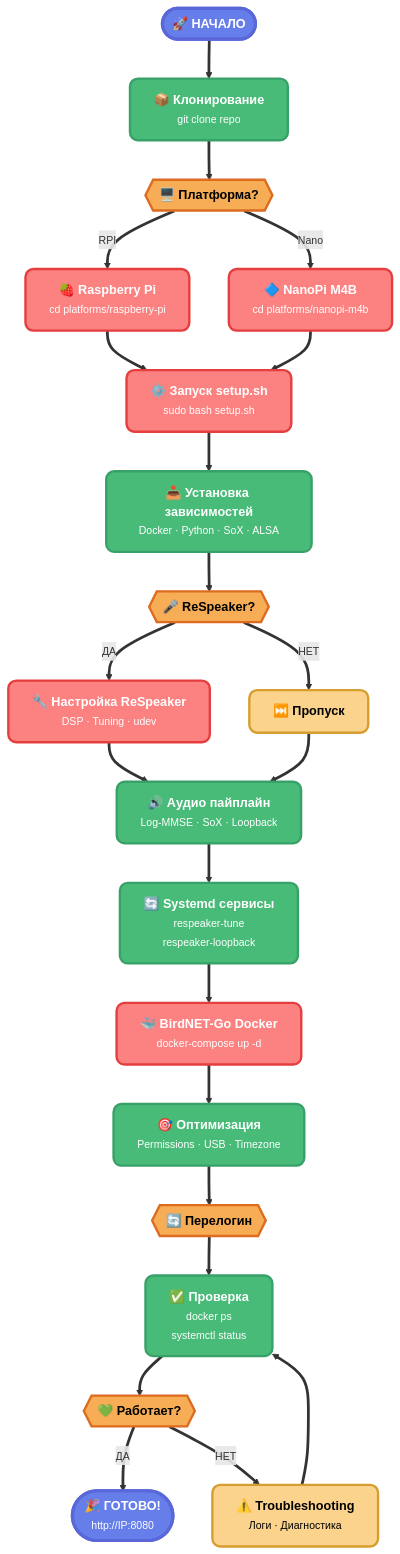
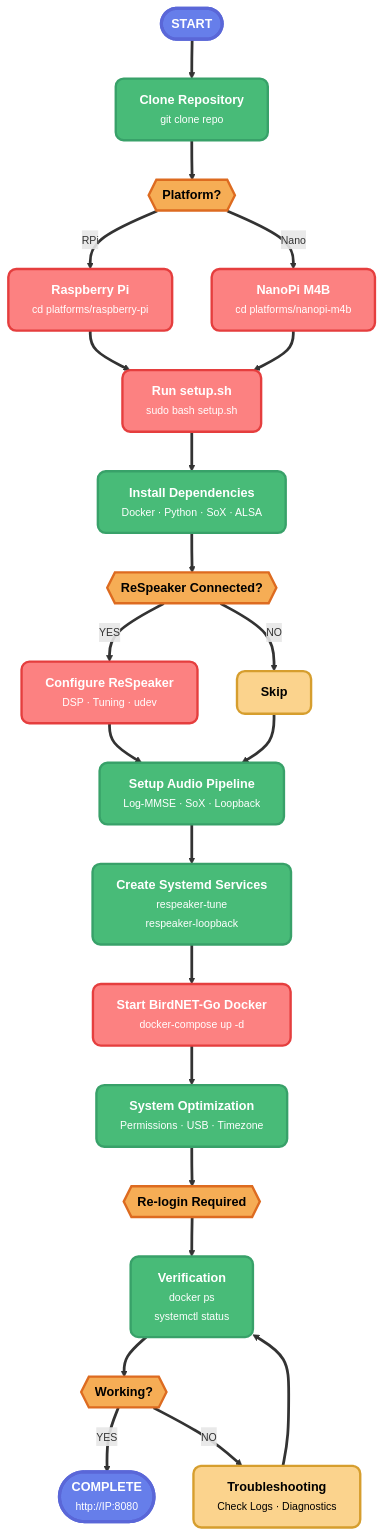
The fourth of 5 diagrams in docs/DIAGRAMS.md (Gfermoto/birdnet_odas), drawn with Mermaid before and after one commit. The commit also changed other lines of this file and 2 other files, not shown here.

First line of the commit message:
design: убраны все эмодзи из диаграмм

````diff
--- a/docs/DIAGRAMS.md
+++ b/docs/DIAGRAMS.md
@@ -165,58 +165,58 @@
 ```mermaid
 %%{init: {'theme':'base', 'themeVariables': { 'fontSize':'13px', 'fontFamily':'system-ui, -apple-system, "Segoe UI", Roboto, sans-serif'}}}%%
 flowchart TD
-    START(["<b>🚀 НАЧАЛО</b>"])
-    CLONE["<b>📦 Клонирование</b><br/><small>git clone repo</small>"]
-    CHOICE{{"<b>🖥️ Платформа?</b>"}}
-    RPI["<b>🍓 Raspberry Pi</b><br/><small>cd platforms/raspberry-pi</small>"]
-    NANO["<b>🔷 NanoPi M4B</b><br/><small>cd platforms/nanopi-m4b</small>"]
-    SETUP["<b>⚙️ Запуск setup.sh</b><br/><small>sudo bash setup.sh</small>"]
-    DEPS["<b>📥 Установка зависимостей</b><br/><small>Docker · Python · SoX · ALSA</small>"]
-    CHECK{{"<b>🎤 ReSpeaker?</b>"}}
-    RESP["<b>🔧 Настройка ReSpeaker</b><br/><small>DSP · Tuning · udev</small>"]
-    SKIP["<b>⏭️ Пропуск</b>"]
-    PIPE["<b>🔊 Аудио пайплайн</b><br/><small>Log-MMSE · SoX · Loopback</small>"]
-    SRVS["<b>🔄 Systemd сервисы</b><br/><small>respeaker-tune<br/>respeaker-loopback</small>"]
-    DOCKER["<b>🐳 BirdNET-Go Docker</b><br/><small>docker-compose up -d</small>"]
-    OPT["<b>🎯 Оптимизация</b><br/><small>Permissions · USB · Timezone</small>"]
-    RELOG{{"<b>🔄 Перелогин</b>"}}
-    VERIFY["<b>✅ Проверка</b><br/><small>docker ps<br/>systemctl status</small>"]
-    WORKS{{"<b>💚 Работает?</b>"}}
-    SUCCESS(["<b>🎉 ГОТОВО!</b><br/><small>http://IP:8080</small>"])
-    TROUBLE["<b>⚠️ Troubleshooting</b><br/><small>Логи · Диагностика</small>"]
+    START(["<b>START</b>"])
+    CLONE["<b>Clone Repository</b><br/><small>git clone repo</small>"]
+    CHOICE{{"<b>Platform?</b>"}}
+    RPI["<b>Raspberry Pi</b><br/><small>cd platforms/raspberry-pi</small>"]
+    NANO["<b>NanoPi M4B</b><br/><small>cd platforms/nanopi-m4b</small>"]
+    SETUP["<b>Run setup.sh</b><br/><small>sudo bash setup.sh</small>"]
+    DEPS["<b>Install Dependencies</b><br/><small>Docker · Python · SoX · ALSA</small>"]
+    CHECK{{"<b>ReSpeaker Connected?</b>"}}
+    RESP["<b>Configure ReSpeaker</b><br/><small>DSP · Tuning · udev</small>"]
+    SKIP["<b>Skip</b>"]
+    PIPE["<b>Setup Audio Pipeline</b><br/><small>Log-MMSE · SoX · Loopback</small>"]
+    SRVS["<b>Create Systemd Services</b><br/><small>respeaker-tune<br/>respeaker-loopback</small>"]
+    DOCKER["<b>Start BirdNET-Go Docker</b><br/><small>docker-compose up -d</small>"]
+    OPT["<b>System Optimization</b><br/><small>Permissions · USB · Timezone</small>"]
+    RELOG{{"<b>Re-login Required</b>"}}
+    VERIFY["<b>Verification</b><br/><small>docker ps<br/>systemctl status</small>"]
+    WORKS{{"<b>Working?</b>"}}
+    SUCCESS(["<b>COMPLETE</b><br/><small>http://IP:8080</small>"])
+    TROUBLE["<b>Troubleshooting</b><br/><small>Check Logs · Diagnostics</small>"]
     
     START ==> CLONE
     CLONE ==> CHOICE
-    CHOICE ==>|"<small>RPI</small>"| RPI
+    CHOICE ==>|"<small>RPi</small>"| RPI
     CHOICE ==>|"<small>Nano</small>"| NANO
     RPI ==> SETUP
     NANO ==> SETUP
     SETUP ==> DEPS
     DEPS ==> CHECK
-    CHECK ==>|"<small>ДА</small>"| RESP
-    CHECK ==>|"<small>НЕТ</small>"| SKIP
+    CHECK ==>|"<small>YES</small>"| RESP
+    CHECK ==>|"<small>NO</small>"| SKIP
     RESP ==> PIPE
     SKIP ==> PIPE
     PIPE ==> SRVS
     SRVS ==> DOCKER
     DOCKER ==> OPT
     OPT ==> RELOG
     RELOG ==> VERIFY
     VERIFY ==> WORKS
-    WORKS ==>|"<small>ДА</small>"| SUCCESS
-    WORKS ==>|"<small>НЕТ</small>"| TROUBLE
+    WORKS ==>|"<small>YES</small>"| SUCCESS
+    WORKS ==>|"<small>NO</small>"| TROUBLE
     TROUBLE ==> VERIFY
     
     classDef start fill:#667EEA,stroke:#5A67D8,stroke-width:4px,color:#fff,rx:15,ry:15
     classDef action fill:#48BB78,stroke:#38A169,stroke-width:3px,color:#fff,rx:10,ry:10
     classDef decision fill:#F6AD55,stroke:#DD6B20,stroke-width:3px,color:#000,rx:10,ry:10
     classDef important fill:#FC8181,stroke:#E53E3E,stroke-width:3px,color:#fff,rx:10,ry:10
     classDef success fill:#68D391,stroke:#48BB78,stroke-width:4px,color:#000,rx:15,ry:15
     classDef trouble fill:#FBD38D,stroke:#D69E2E,stroke-width:3px,color:#000,rx:10,ry:10
     
     class START,SUCCESS start
     class CLONE,DEPS,PIPE,SRVS,OPT,VERIFY action
     class CHOICE,CHECK,RELOG,WORKS decision
     class RPI,NANO,RESP,SETUP,DOCKER important
     class SKIP,TROUBLE trouble
 ```
````
